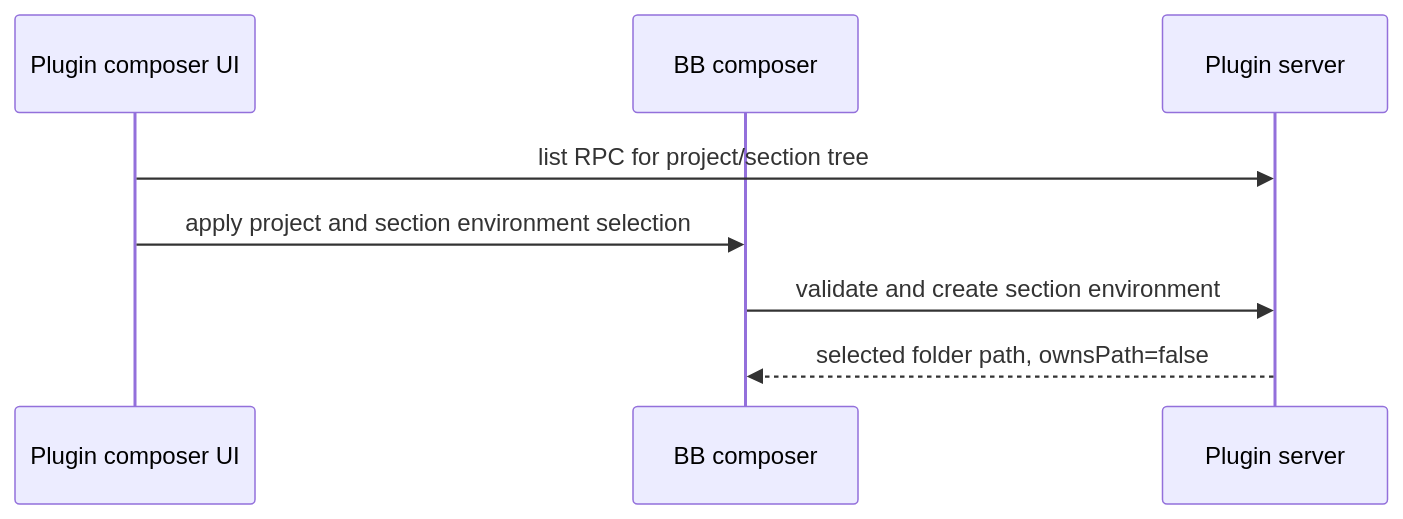
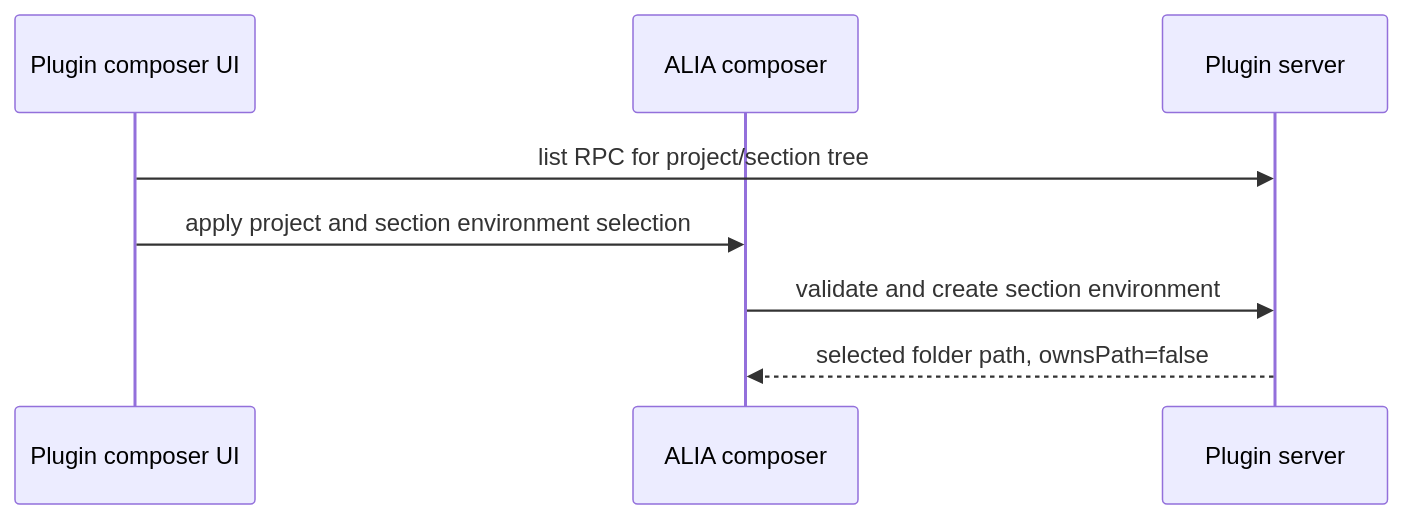
One commit to Vesnalia/vesnalia-plugins changed the third of 4 diagrams in plugins/project-folders/docs/architecture.md. Above: the diagram before and after it, drawn with Mermaid. The commit also changed other lines of this file and 13306 other files, not shown here.

````diff
--- a/plugins/project-folders/docs/architecture.md
+++ b/plugins/project-folders/docs/architecture.md
@@ -97,10 +97,10 @@
 ```mermaid
 sequenceDiagram
   participant UI as Plugin composer UI
-  participant BB as BB composer
+  participant ALIA as ALIA composer
   participant Server as Plugin server
   UI->>Server: list RPC for project/section tree
-  UI->>BB: apply project and section environment selection
-  BB->>Server: validate and create section environment
-  Server-->>BB: selected folder path, ownsPath=false
+  UI->>ALIA: apply project and section environment selection
+  ALIA->>Server: validate and create section environment
+  Server-->>ALIA: selected folder path, ownsPath=false
 ```
````
